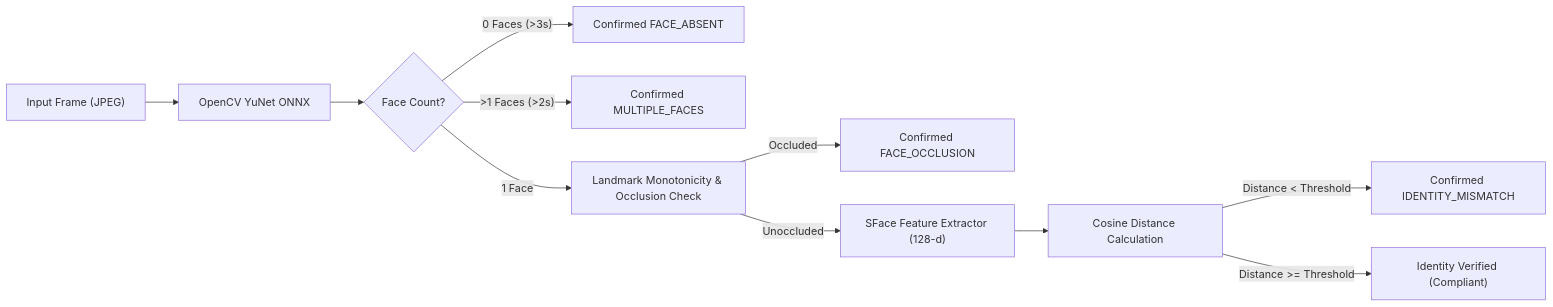
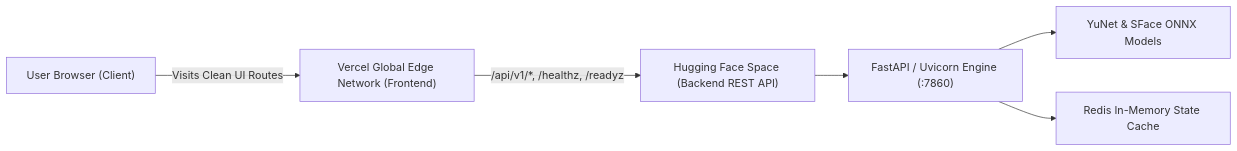
The second of 2 diagrams in README.md (harshit7271/fraud-detection), drawn with Mermaid before and after one commit. The commit also changed other lines of this file, not shown here.

Commit message:
docs: showcase Redis caching, Celery workers, Locust benchmarks, and hybrid cloud architecture in README

````diff
--- a/README.md
+++ b/README.md
@@ -236,13 +226,8 @@
 ```mermaid
 flowchart LR
-    A["Input Frame (JPEG)"] --> B["OpenCV YuNet ONNX"]
-    B --> C{"Face Count?"}
-    C -- "0 Faces (>3s)" --> D["Confirmed FACE_ABSENT"]
-    C -- ">1 Faces (>2s)" --> E["Confirmed MULTIPLE_FACES"]
-    C -- "1 Face" --> F["Landmark Monotonicity & Occlusion Check"]
-    F -- "Occluded" --> G["Confirmed FACE_OCCLUSION"]
-    F -- "Unoccluded" --> H["SFace Feature Extractor (128-d)"]
-    H --> I["Cosine Distance Calculation"]
-    I -- "Distance < Threshold" --> J["Confirmed IDENTITY_MISMATCH"]
-    I -- "Distance >= Threshold" --> K["Identity Verified (Compliant)"]
+    A["User Browser (Client)"] -->|"Visits Clean UI Routes"| B["Vercel Global Edge Network (Frontend)"]
+    B -->|"/api/v1/*, /healthz, /readyz"| C["Hugging Face Space (Backend REST API)"]
+    C --> D["FastAPI / Uvicorn Engine (:7860)"]
+    D --> E["YuNet & SFace ONNX Models"]
+    D --> F["Redis In-Memory State Cache"]
 ```
````
